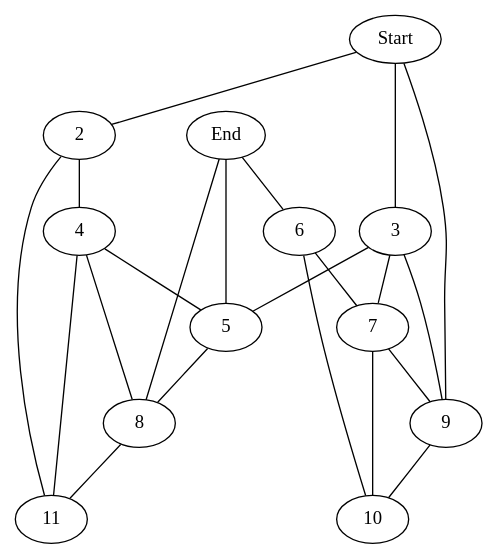
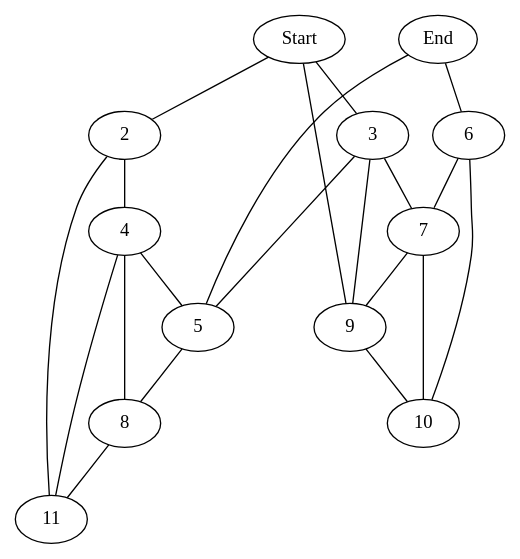
Before and after one commit to Narvik09/Shannon-Switching-Game: the diagram in dotFiles/Level_2.dot, drawn with Graphviz. The commit also changed 67 other files, not shown here.

```diff
--- a/dotFiles/Level_2.dot
+++ b/dotFiles/Level_2.dot
@@ -1,36 +1,57 @@
 graph prob24 {
-Start [pos = "189, 90";];
-End [pos = "366, 370";];
-2 [pos = "95, 154";];
-3 [pos = "318, 157";];
-4 [pos = "139, 306";];
-5 [pos = "256, 305";];
-6 [pos = "510, 309";];
-7 [pos = "430, 167";];
-8 [pos = "234, 424";];
-9 [pos = "365, 49";];
-10 [pos = "553, 78";];
-11 [pos = "33, 372";];
-
-Start -- 2 [key = "12";];
-2 -- 4 [key = "13";];
-4 -- 5 [key = "14";];
-End -- 5 [key = "15";];
-End -- 6 [key = "16";];
-6 -- 7 [key = "17";];
-3 -- 7 [key = "18";];
-Start -- 3 [key = "19";];
-3 -- 5 [key = "20";];
-Start -- 9 [key = "21";];
-7 -- 9 [key = "22";];
-3 -- 9 [key = "23";];
-End -- 8 [key = "24";];
-5 -- 8 [key = "25";];
-4 -- 8 [key = "26";];
-6 -- 10 [key = "27";];
-9 -- 10 [key = "28";];
-7 -- 10 [key = "29";];
-4 -- 11 [key = "30";];
-8 -- 11 [key = "31";];
-2 -- 11 [key = "32";];
+    Start [pos = "189, 90";];
+    End [pos = "366, 370";];
+    2 [pos = "95, 154";];
+    3 [pos = "318, 157";];
+    4 [pos = "139, 306";];
+    5 [pos = "256, 305";];
+    6 [pos = "510, 309";];
+    7 [pos = "430, 167";];
+    8 [pos = "234, 424";];
+    9 [pos = "365, 49";];
+    10 [pos = "553, 78";];
+    11 [pos = "33, 372";];
+    
+    Start -- 2 [key = "12";];
+    2 -- 4 [key = "13";];
+    4 -- 5 [key = "14";];
+    End -- 5 [key = "15";];
+    End -- 6 [key = "16";];
+    6 -- 7 [key = "17";];
+    3 -- 7 [key = "18";];
+    Start -- 3 [key = "19";];
+    3 -- 5 [key = "20";];
+    Start -- 9 [key = "21";];
+    7 -- 9 [key = "22";];
+    3 -- 9 [key = "23";];
+    5 -- 8 [key = "25";];
+    4 -- 8 [key = "26";];
+    6 -- 10 [key = "27";];
+    9 -- 10 [key = "28";];
+    7 -- 10 [key = "29";];
+    4 -- 11 [key = "30";];
+    8 -- 11 [key = "31";];
+    2 -- 11 [key = "32";];
+    
+    // StartD -- v2D [key = "12";];
+    // v1D -- v2D [key = "13";];
+    // v2D -- v4D [key = "14";];
+    // v6D -- v7D [key = "15";];
+    // EndD -- v6D [key = "16";];
+    // v6D -- v9D [key = "17";];
+    // v6D -- v10D [key = "18";];
+    // v2D -- v5D [key = "19";];
+    // v6D -- v2D [key = "20";];
+    // EndD -- v5D [key = "21";];
+    // v10D -- v8D [key = "22";];
+    // v10D -- v5D [key = "23";];
+    // StartD -- v7D [key = "24";];
+    // v7D -- v4D [key = "25";];
+    // v3D -- v4D [key = "26";];
+    // EndD -- v9D [key = "27";];
+    // EndD -- v8D [key = "28";];
+    // v9D -- v8D [key = "29";];
+    // v3D -- v1D [key = "30";];
+    // StartD -- v3D [key = "31";];
+    // StartD -- v1D [key = "32";];
 }
```
